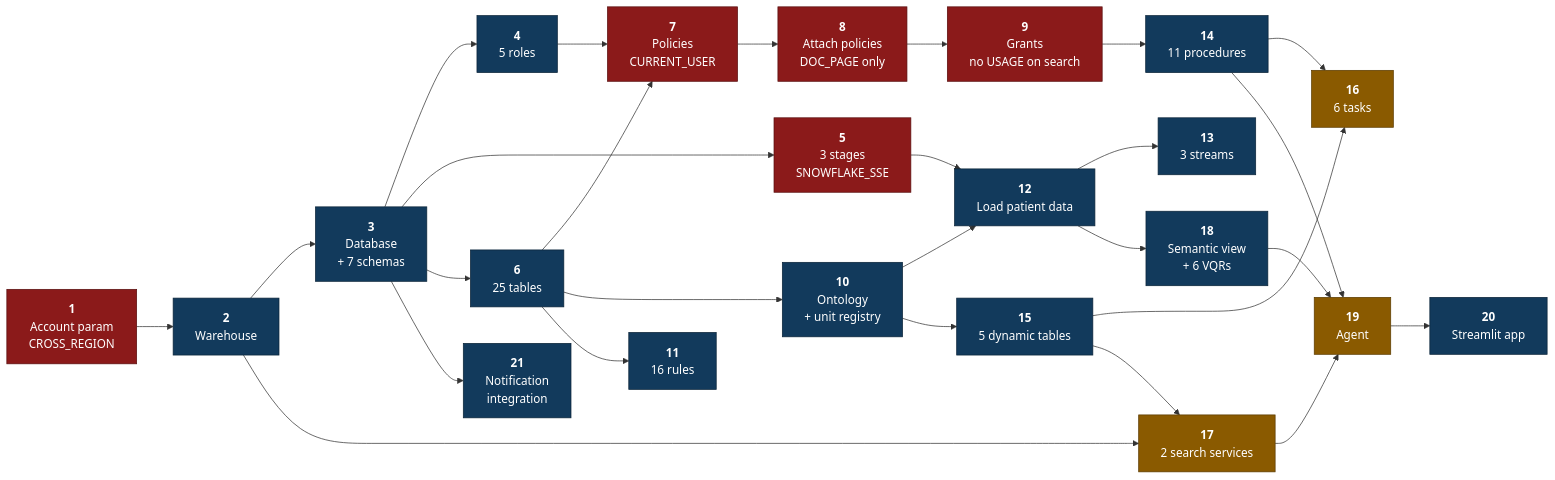
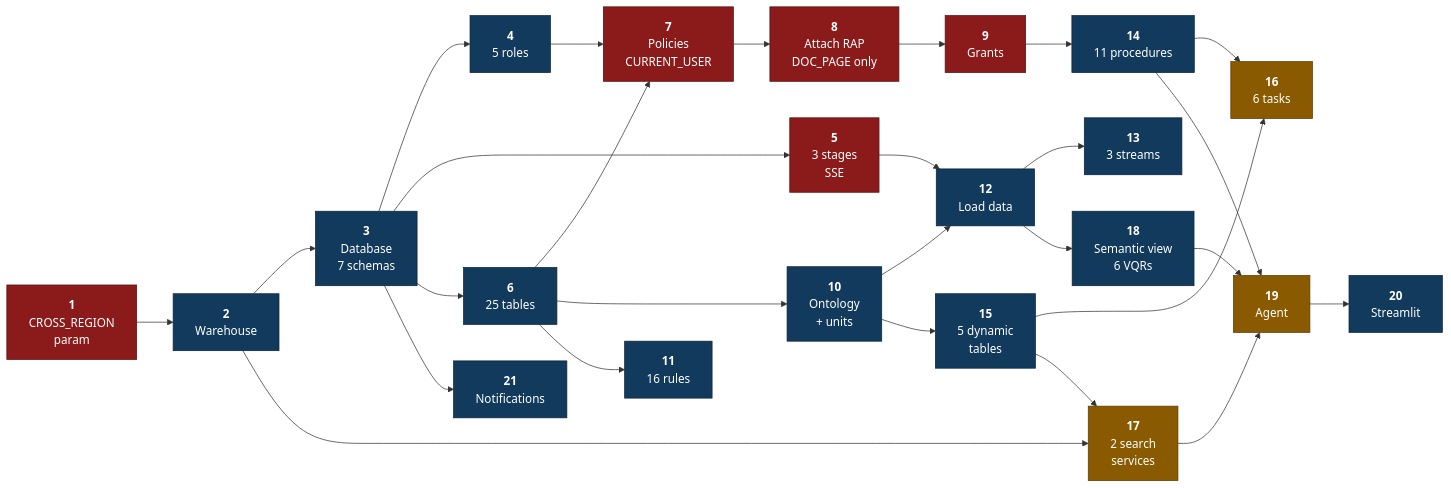
One commit to DanushArun/patient-360 changed the sixth of 16 diagrams in planning/revised-architecture/ARCHITECTURE-DIAGRAMS.md. Above: the diagram before and after it, drawn with Mermaid. The commit also changed other lines of this file, not shown here.

First line of the commit message:
update(architecture): refine architecture diagrams for clarity and accuracy

````diff
--- a/planning/revised-architecture/ARCHITECTURE-DIAGRAMS.md
+++ b/planning/revised-architecture/ARCHITECTURE-DIAGRAMS.md
@@ -459,58 +489,52 @@
 ```mermaid
 flowchart LR
-    S1["<b>1</b><br/>Account param<br/>CROSS_REGION"]
+    S1["<b>1</b><br/>CROSS_REGION<br/>param"]
     S2["<b>2</b><br/>Warehouse"]
-    S3["<b>3</b><br/>Database<br/>+ 7 schemas"]
+    S3["<b>3</b><br/>Database<br/>7 schemas"]
     S4["<b>4</b><br/>5 roles"]
-    S5["<b>5</b><br/>3 stages<br/>SNOWFLAKE_SSE"]
+    S5["<b>5</b><br/>3 stages<br/>SSE"]
     S6["<b>6</b><br/>25 tables"]
     S7["<b>7</b><br/>Policies<br/>CURRENT_USER"]
-    S8["<b>8</b><br/>Attach policies<br/>DOC_PAGE only"]
-    S9["<b>9</b><br/>Grants<br/>no USAGE on search"]
-    S10["<b>10</b><br/>Ontology<br/>+ unit registry"]
+    S8["<b>8</b><br/>Attach RAP<br/>DOC_PAGE only"]
+    S9["<b>9</b><br/>Grants"]
+    S10["<b>10</b><br/>Ontology<br/>+ units"]
     S11["<b>11</b><br/>16 rules"]
-    S12["<b>12</b><br/>Load patient data"]
+    S12["<b>12</b><br/>Load data"]
     S13["<b>13</b><br/>3 streams"]
     S14["<b>14</b><br/>11 procedures"]
-    S15["<b>15</b><br/>5 dynamic tables"]
+    S15["<b>15</b><br/>5 dynamic<br/>tables"]
     S16["<b>16</b><br/>6 tasks"]
-    S17["<b>17</b><br/>2 search services"]
-    S18["<b>18</b><br/>Semantic view<br/>+ 6 VQRs"]
+    S17["<b>17</b><br/>2 search<br/>services"]
+    S18["<b>18</b><br/>Semantic view<br/>6 VQRs"]
     S19["<b>19</b><br/>Agent"]
-    S20["<b>20</b><br/>Streamlit app"]
-    S21["<b>21</b><br/>Notification<br/>integration"]
+    S20["<b>20</b><br/>Streamlit"]
+    S21["<b>21</b><br/>Notifications"]
 
     S1 --> S2 --> S3
-    S3 --> S4
-    S3 --> S5
-    S3 --> S6
-    S4 --> S7
-    S6 --> S7
-    S7 --> S8
-    S8 --> S9
-    S6 --> S10
+    S3 --> S4 --> S7
+    S3 --> S5 --> S12
+    S3 --> S6 --> S7
+    S3 --> S21
+    S7 --> S8 --> S9 --> S14
+    S6 --> S10 --> S12
     S6 --> S11
-    S5 --> S12
-    S10 --> S12
+    S10 --> S15
     S12 --> S13
-    S9 --> S14
-    S10 --> S15
+    S12 --> S18
     S14 --> S16
     S15 --> S16
+    S2 --> S17
     S15 --> S17
-    S2 --> S17
-    S12 --> S18
+    S14 --> S19
     S17 --> S19
     S18 --> S19
-    S14 --> S19
     S19 --> S20
-    S3 --> S21
 
     classDef gate fill:#8b1a1a,stroke:#5a0f0f,color:#fff
     classDef norm fill:#123a5c,stroke:#0b2439,color:#fff
     classDef ai fill:#8a5a00,stroke:#5c3c00,color:#fff
 
     class S1,S5,S7,S8,S9 gate
     class S2,S3,S4,S6,S10,S11,S12,S13,S14,S15,S18,S20,S21 norm
     class S16,S17,S19 ai
 ```
````
